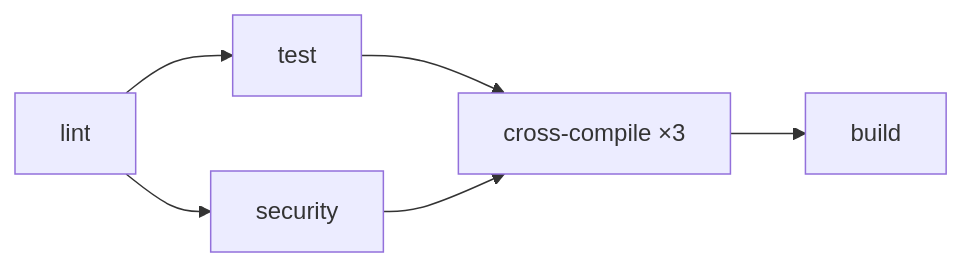
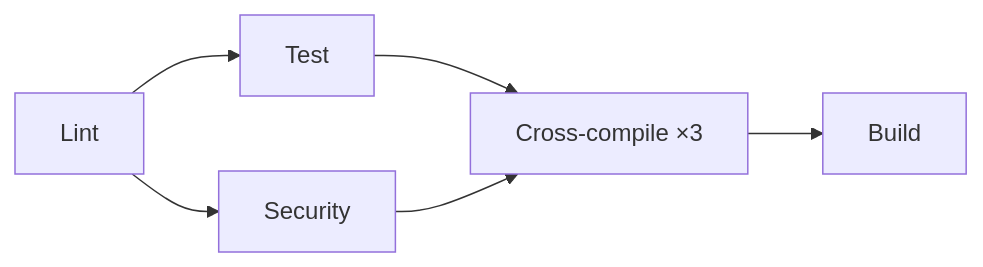
Before and after one commit to KingOfKalk/wg-stream-proxy: the second of 2 diagrams in CONTRIBUTING.md, drawn with Mermaid. The commit also changed other lines of this file and 2 other files, not shown here.

````diff
--- a/CONTRIBUTING.md
+++ b/CONTRIBUTING.md
@@ -164,5 +164,5 @@
 ```mermaid
 flowchart LR
-    lint --> test & security
-    test & security --> cc["cross-compile ×3"] --> build
+    Lint --> Test & Security
+    Test & Security --> cc["Cross-compile ×3"] --> Build
 ```
````
